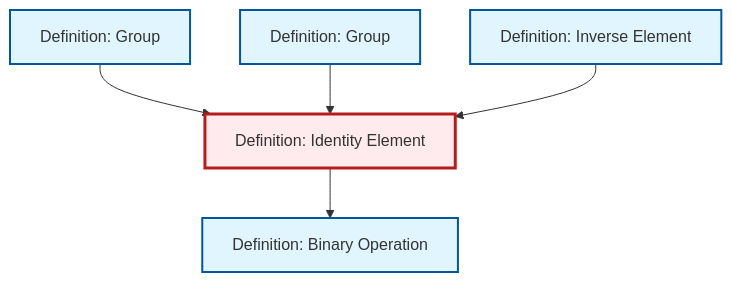
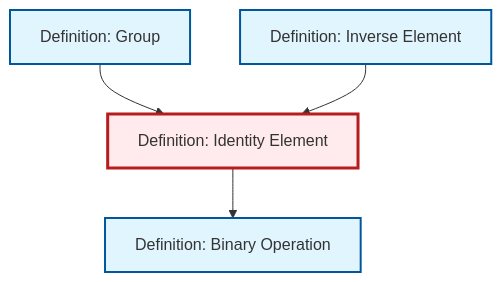
The diagram in content/ja/algebra/def-identity-element.qmd (RK0429/ModernMath), drawn with Mermaid before and after one commit. The commit also changed 530 other files, not shown here.

````diff
--- a/content/ja/algebra/def-identity-element.qmd
+++ b/content/ja/algebra/def-identity-element.qmd
@@ -81,23 +81,20 @@
 ```{mermaid}
 %%| fig-cap: "Local dependency graph"
 graph TD
     classDef definition fill:#e1f5fe,stroke:#01579b,stroke-width:2px
     classDef theorem fill:#f3e5f5,stroke:#4a148c,stroke-width:2px
     classDef axiom fill:#fff3e0,stroke:#e65100,stroke-width:2px
     classDef example fill:#e8f5e9,stroke:#1b5e20,stroke-width:2px
     classDef current fill:#ffebee,stroke:#b71c1c,stroke-width:3px
+    def-group["Definition: Group"]:::definition
     def-inverse-element["Definition: Inverse Element"]:::definition
+    def-binary-operation["Definition: Binary Operation"]:::definition
     def-identity-element["Definition: Identity Element"]:::definition
-    def-binary-operation["Definition: Binary Operation"]:::definition
-    def-group["Definition: Group"]:::definition
-    def-group-example["Definition: Group"]:::definition
-    def-group-example --> def-identity-element
     def-group --> def-identity-element
     def-inverse-element --> def-identity-element
     def-identity-element --> def-binary-operation
     class def-identity-element current
+    click def-group "def-group.html" "Definition: Groupへ"
     click def-inverse-element "def-inverse-element.html" "Definition: Inverse Elementへ"
     click def-binary-operation "def-binary-operation.html" "Definition: Binary Operationへ"
-    click def-group "def-group.html" "Definition: Groupへ"
-    click def-group-example "def-group-example.html" "Definition: Groupへ"
 ```
````
